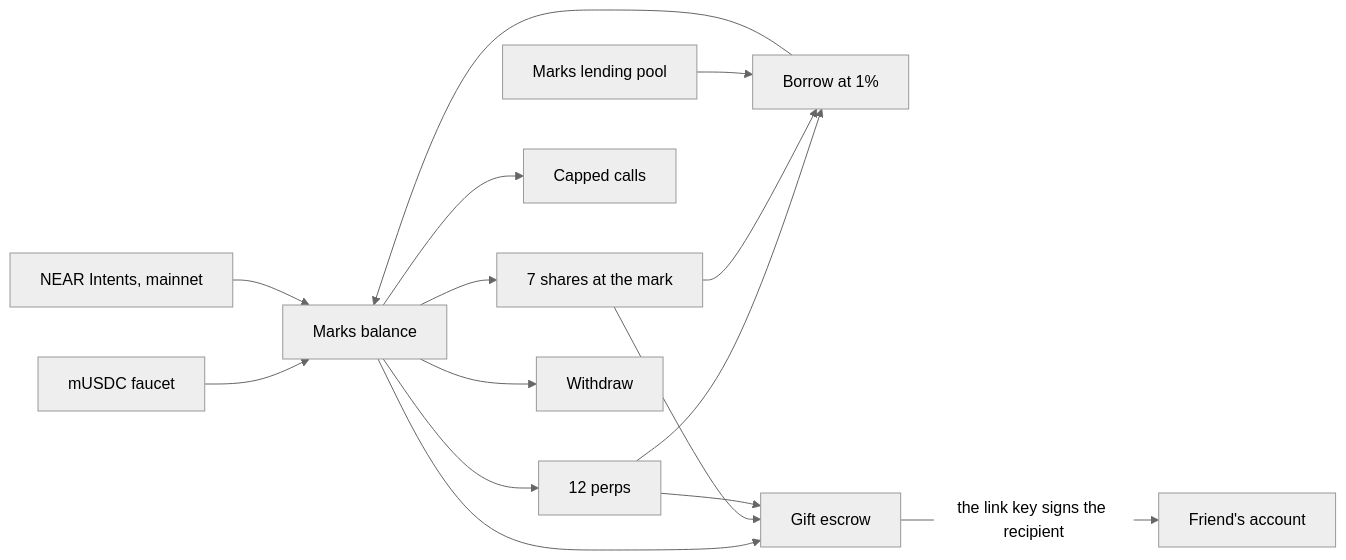
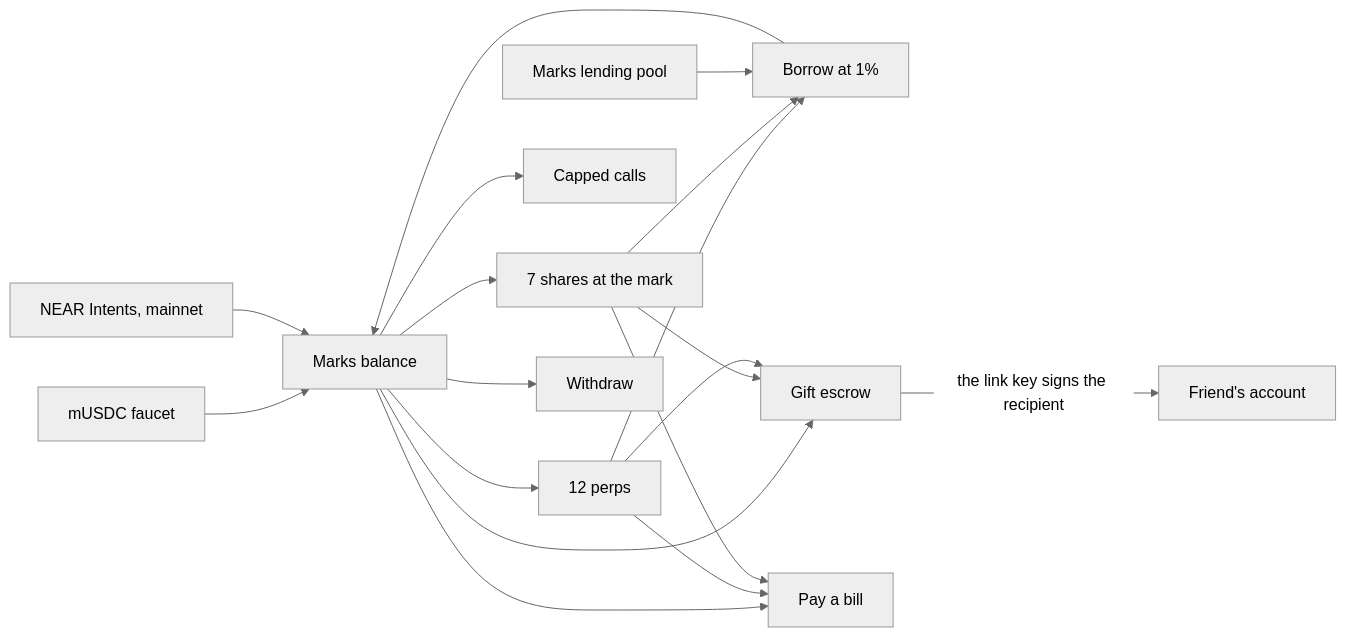
One commit to amdonatusprince/Marks-on-Near changed the first of 6 diagrams in README.md. Above: the diagram before and after it, drawn with Mermaid (neutral theme). The commit also changed other lines of this file and 1 other file, not shown here.

Commit message:
Document pay, checkout, and Intents.

````diff
--- a/README.md
+++ b/README.md
@@ -49,17 +49,20 @@
 ```mermaid
 flowchart LR
   Faucet["mUSDC faucet"] --> Balance
   Intents["NEAR Intents, mainnet"] --> Balance["Marks balance"]
   Balance --> Perps["12 perps"]
   Balance --> Shares["7 shares at the mark"]
   Balance --> Calls["Capped calls"]
   Perps --> Borrow["Borrow at 1%"]
   Shares --> Borrow
   Pool["Marks lending pool"] --> Borrow
   Borrow --> Balance
   Balance --> Gifts["Gift escrow"]
+  Balance --> Bills["Pay a bill"]
+  Perps --> Bills
+  Shares --> Bills
   Shares --> Gifts
   Perps --> Gifts
   Gifts -->|"the link key signs the recipient"| Friend["Friend's account"]
   Balance --> Out["Withdraw"]
 ```
````
